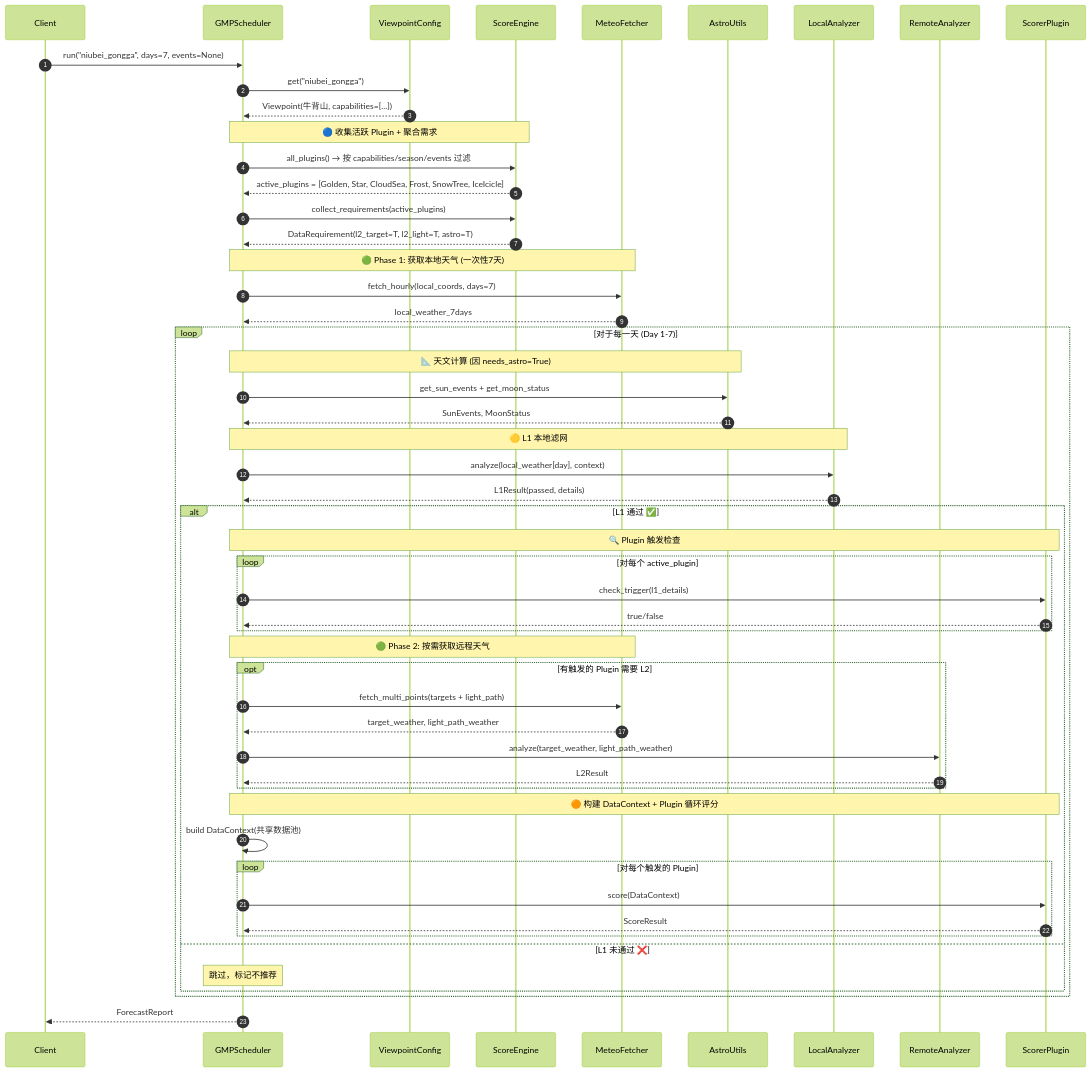
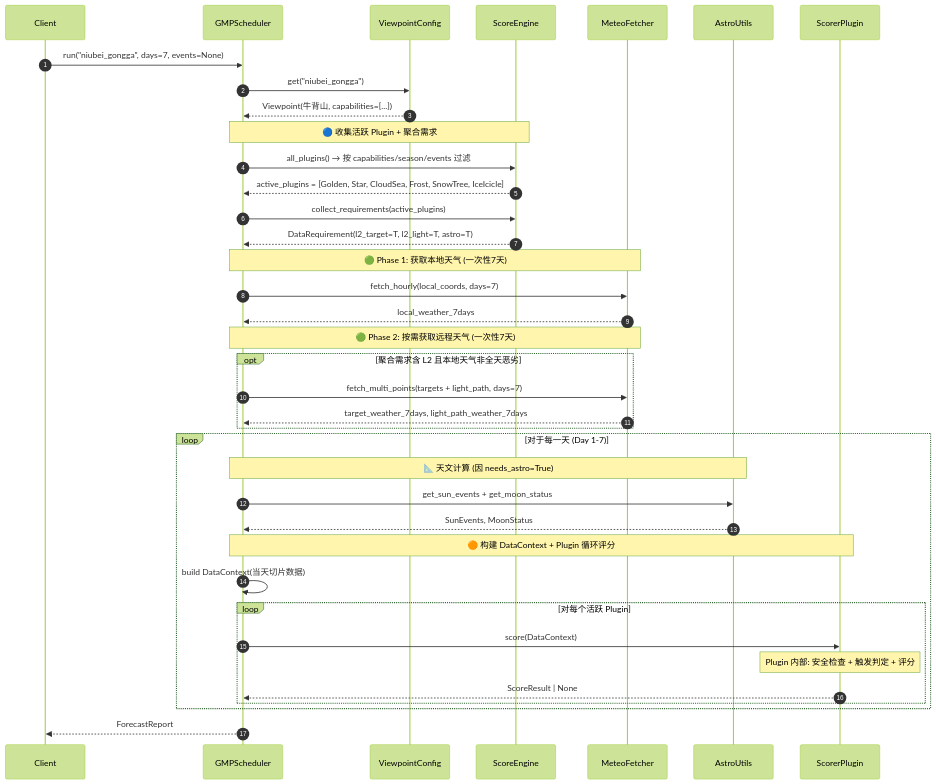
One commit to mpb159753/golden-moment-predictor changed the fifth of 12 diagrams in design/06-class-sequence.md. Above: the diagram before and after it, drawn with Mermaid (forest theme). The commit also changed other lines of this file and 123 other files, not shown here.

````diff
--- a/design/06-class-sequence.md
+++ b/design/06-class-sequence.md
@@ -355,64 +325,47 @@
 ```mermaid
 sequenceDiagram
     autonumber
     participant C as Client
     participant S as GMPScheduler
     participant VC as ViewpointConfig
     participant SE as ScoreEngine
     participant MF as MeteoFetcher
     participant AU as AstroUtils
-    participant LA as LocalAnalyzer
-    participant RA as RemoteAnalyzer
     participant P as ScorerPlugin
 
     C->>S: run("niubei_gongga", days=7, events=None)
     S->>VC: get("niubei_gongga")
     VC-->>S: Viewpoint(牛背山, capabilities=[...])
 
     Note over S,SE: 🔵 收集活跃 Plugin + 聚合需求
     S->>SE: all_plugins() → 按 capabilities/season/events 过滤
     SE-->>S: active_plugins = [Golden, Star, CloudSea, Frost, SnowTree, IceIcicle]
     S->>SE: collect_requirements(active_plugins)
     SE-->>S: DataRequirement(l2_target=T, l2_light=T, astro=T)
 
     Note over S,MF: 🟢 Phase 1: 获取本地天气 (一次性7天)
     S->>MF: fetch_hourly(local_coords, days=7)
     MF-->>S: local_weather_7days
 
+    Note over S,MF: 🟢 Phase 2: 按需获取远程天气 (一次性7天)
+    opt 聚合需求含 L2 且本地天气非全天恶劣
+        S->>MF: fetch_multi_points(targets + light_path, days=7)
+        MF-->>S: target_weather_7days, light_path_weather_7days
+    end
+
     loop 对于每一天 (Day 1-7)
         Note over S,AU: 📐 天文计算 (因 needs_astro=True)
         S->>AU: get_sun_events + get_moon_status
         AU-->>S: SunEvents, MoonStatus
 
-        Note over S,LA: 🟡 L1 本地滤网
-        S->>LA: analyze(local_weather[day], context)
-        LA-->>S: L1Result(passed, details)
-
-        alt L1 通过 ✅
-            Note over S,P: 🔍 Plugin 触发检查
-            loop 对每个 active_plugin
-                S->>P: check_trigger(l1_details)
-                P-->>S: true/false
-            end
-
-            Note over S,MF: 🟢 Phase 2: 按需获取远程天气
-            opt 有触发的 Plugin 需要 L2
-                S->>MF: fetch_multi_points(targets + light_path)
-                MF-->>S: target_weather, light_path_weather
-                S->>RA: analyze(target_weather, light_path_weather)
-                RA-->>S: L2Result
-            end
-
-            Note over S,P: 🟠 构建 DataContext + Plugin 循环评分
-            S->>S: build DataContext(共享数据池)
-            loop 对每个触发的 Plugin
-                S->>P: score(DataContext)
-                P-->>S: ScoreResult
-            end
-        else L1 未通过 ❌
-            Note over S: 跳过，标记不推荐
+        Note over S,P: 🟠 构建 DataContext + Plugin 循环评分
+        S->>S: build DataContext(当天切片数据)
+        loop 对每个活跃 Plugin
+            S->>P: score(DataContext)
+            Note over P: Plugin 内部: 安全检查 + 触发判定 + 评分
+            P-->>S: ScoreResult | None
         end
     end
 
     S-->>C: ForecastReport
 ```
````
